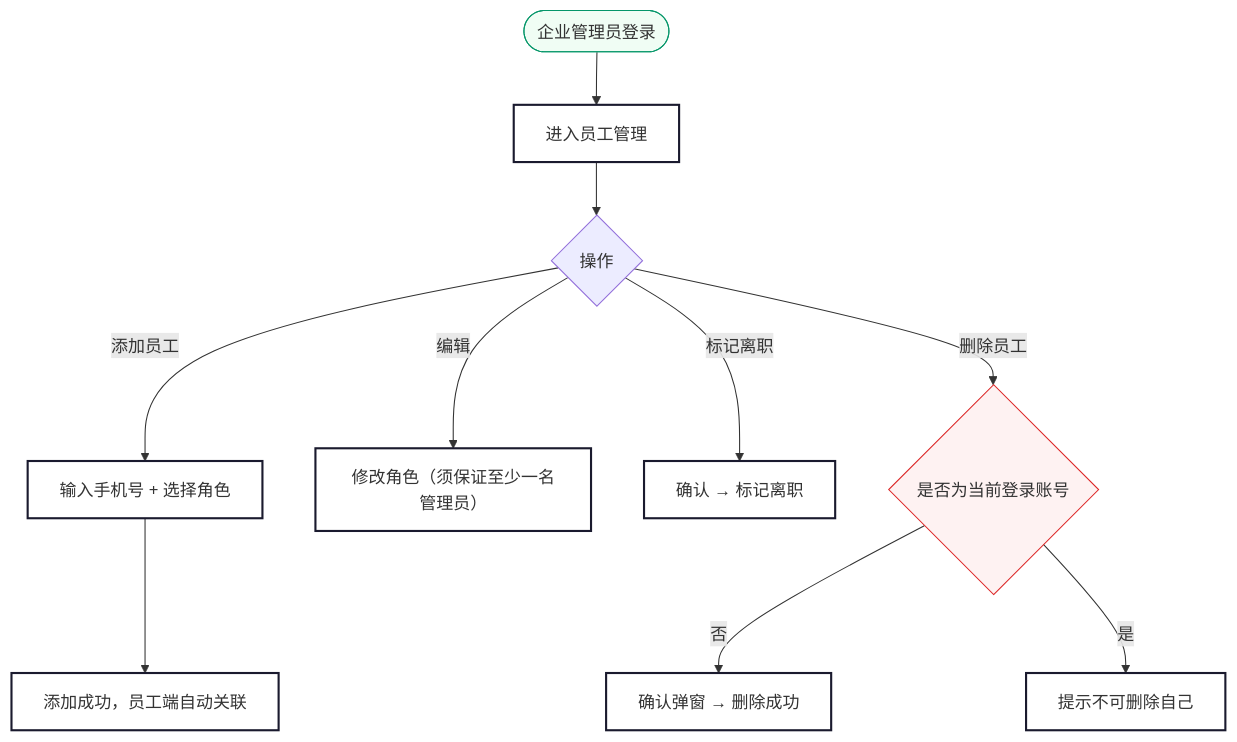
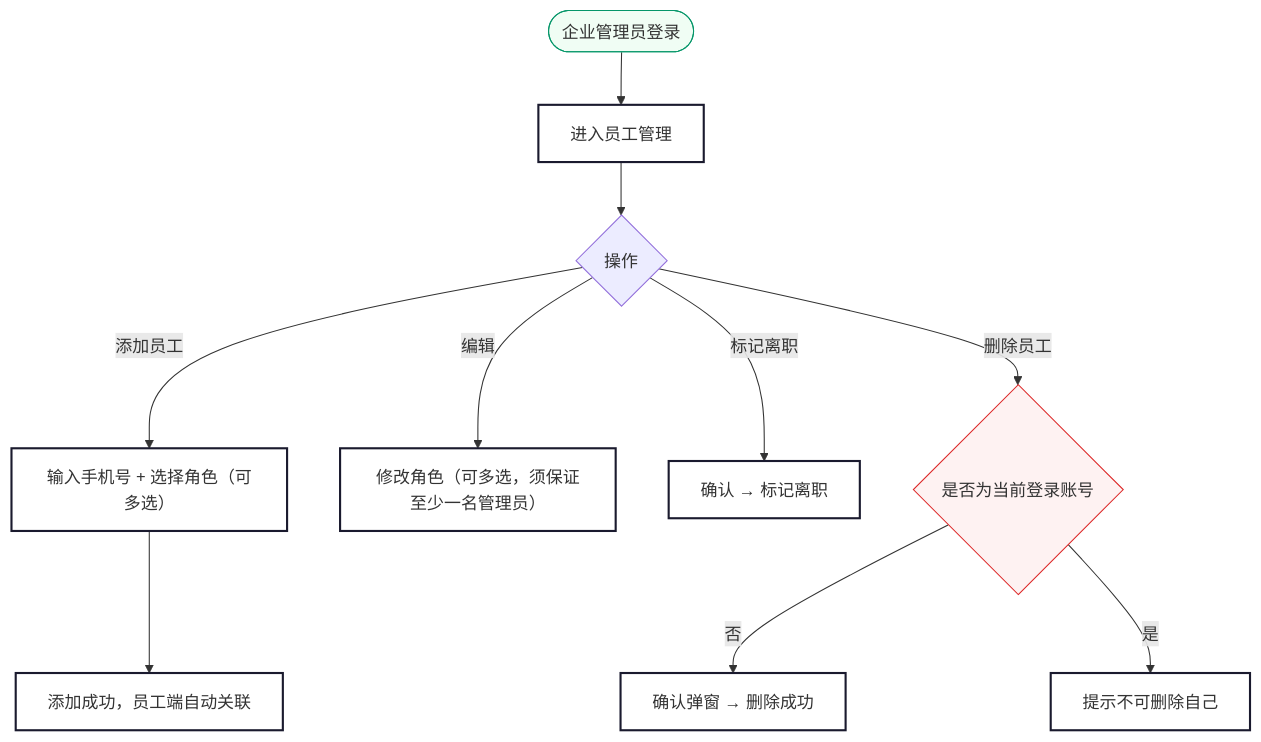
One commit to klayhuzhenx/zunchuxing changed the second of 2 diagrams in 企业端需求规格说明.md. Above: the diagram before and after it, drawn with Mermaid. The commit also changed other lines of this file and 237 other files, not shown here.

````diff
--- a/企业端需求规格说明.md
+++ b/企业端需求规格说明.md
@@ -273,19 +181,19 @@
 ```mermaid
 graph TD
     A(["企业管理员登录"]) --> B["进入员工管理"]
     B --> C{"操作"}
-    C --> |添加员工| D["输入手机号 + 选择角色"]
+    C --> |添加员工| D["输入手机号 + 选择角色（可多选）"]
     D --> E["添加成功，员工端自动关联"]
-    C --> |编辑| F["修改角色（须保证至少一名管理员）"]
+    C --> |编辑| F["修改角色（可多选，须保证至少一名管理员）"]
     C --> |标记离职| G["确认 → 标记离职"]
     C --> |删除员工| H{"是否为当前登录账号"}
     H --> |否| I["确认弹窗 → 删除成功"]
     H --> |是| J["提示不可删除自己"]
 
     classDef step fill:#fff,stroke:#1a1a2e,stroke-width:2px
     classDef terminal fill:#f0fdf4,stroke:#059669
     classDef warn fill:#fef2f2,stroke:#dc2626
     class B,D,E,F,G,I,J step
     class A terminal
     class H warn
 ```
````
